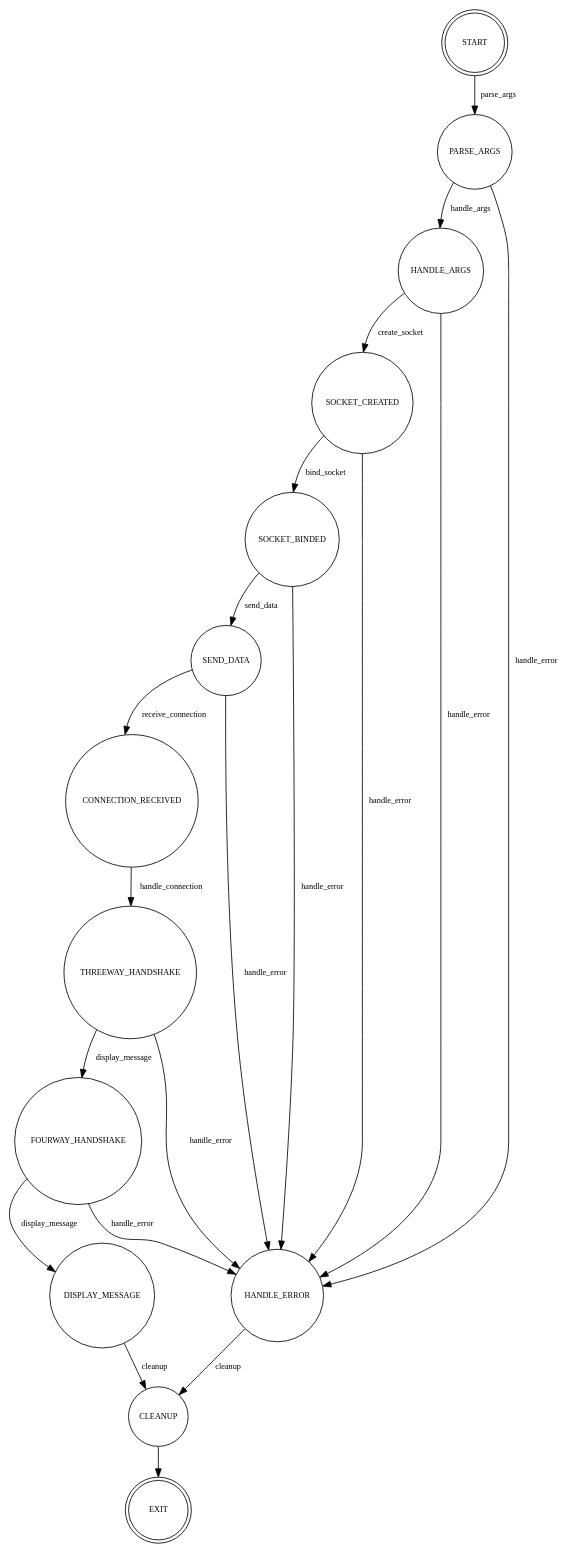
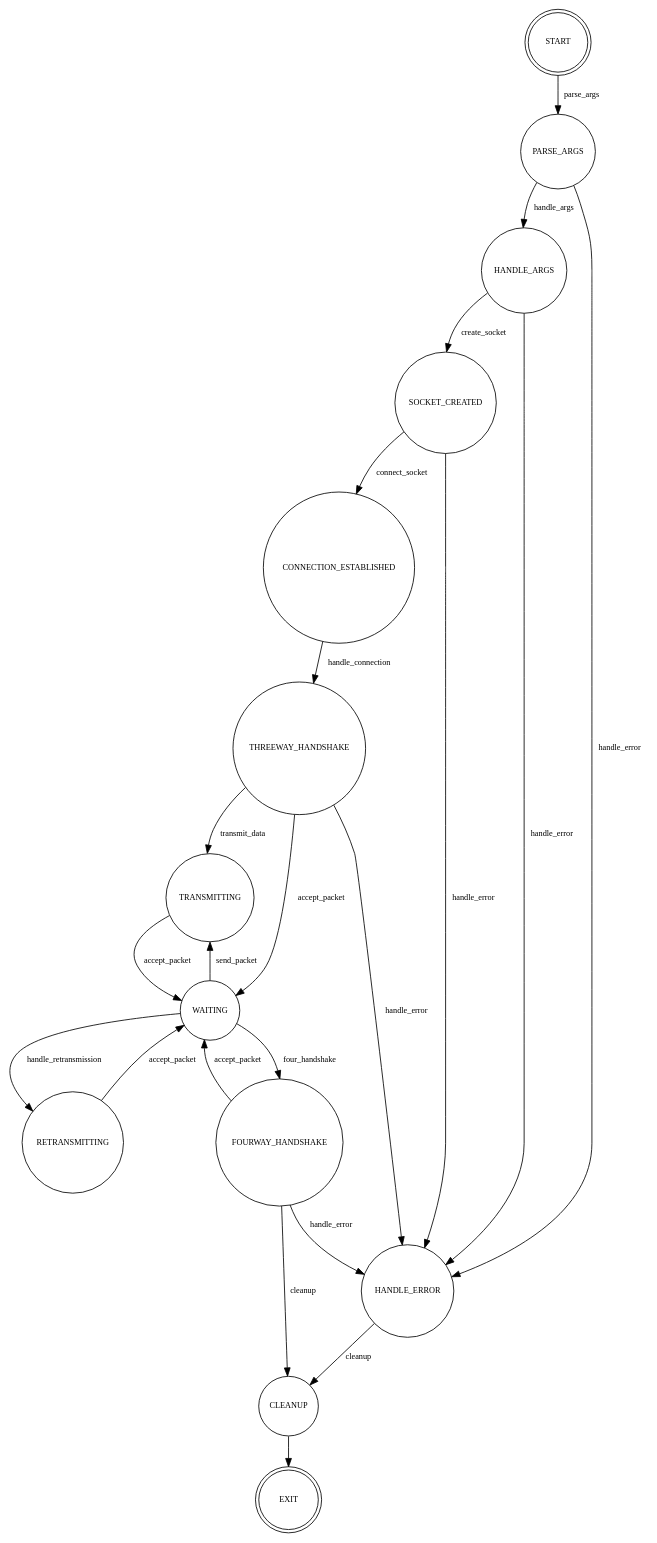
The diagram in client.gv (Wontoni/comp7005-project), drawn with Graphviz before and after one commit. The commit also changed 10 other files, not shown here.

```diff
--- a/client.gv
+++ b/client.gv
@@ -1,39 +1,40 @@
 digraph Client {
     node [shape=circle; fontsize=10; width=1;height=1;];
     edge [fontsize=10];
 
     START [label="START", shape=doublecircle]
     PARSE_ARGS [label="PARSE_ARGS", shape=circle]
     HANDLE_ARGS [label="HANDLE_ARGS", shape=circle]
     HANDLE_ERROR [label="HANDLE_ERROR", shape=circle]
-    DISPLAY_MESSAGE [label="DISPLAY_MESSAGE", shape=circle]
     SOCKET_CREATED [label="SOCKET_CREATED", shape=circle]
-    SOCKET_BINDED [label="SOCKET_BINDED", shape=circle]
-    SEND_DATA [label="SEND_DATA", shape=circle]
-    CONNECTION_RECEIVED [label="CONNECTION_RECEIVED", shape=circle]
-    
+    CONNECTION_ESTABLISHED [label="CONNECTION_ESTABLISHED", shape=circle]
     THREEWAY_HANDSHAKE [label="THREEWAY_HANDSHAKE", shape=circle]
     FOURWAY_HANDSHAKE [label="FOURWAY_HANDSHAKE", shape=circle]
+    TRANSMITTING [label="TRANSMITTING", shape=circle]
+    WAITING [label="WAITING", shape=circle]
+    RETRANSMITTING [label="RETRANSMITTING", shape=circle]
     CLEANUP [label="CLEANUP", shape=circle]
     EXIT [label="EXIT", shape=doublecircle]
 
     START -> PARSE_ARGS [label="parse_args"]
     PARSE_ARGS -> HANDLE_ARGS [label="handle_args"]
     PARSE_ARGS -> HANDLE_ERROR [label="handle_error"]
     HANDLE_ARGS -> SOCKET_CREATED [label="create_socket"]
     HANDLE_ARGS -> HANDLE_ERROR [label="handle_error"]
-    SOCKET_CREATED -> SOCKET_BINDED [label="bind_socket"]
+    SOCKET_CREATED -> CONNECTION_ESTABLISHED [label="connect_socket"]
     SOCKET_CREATED -> HANDLE_ERROR [label="handle_error"]
-    SOCKET_BINDED -> SEND_DATA [label="send_data"]
-    SOCKET_BINDED -> HANDLE_ERROR [label="handle_error"]
-    SEND_DATA -> CONNECTION_RECEIVED [label="receive_connection"]
-    SEND_DATA -> HANDLE_ERROR [label="handle_error"]
-    CONNECTION_RECEIVED -> THREEWAY_HANDSHAKE [label="handle_connection"]
-    THREEWAY_HANDSHAKE -> FOURWAY_HANDSHAKE [label="display_message"]
+    CONNECTION_ESTABLISHED -> THREEWAY_HANDSHAKE [label="handle_connection"]
+    THREEWAY_HANDSHAKE -> TRANSMITTING [label="transmit_data"]
     THREEWAY_HANDSHAKE -> HANDLE_ERROR [label="handle_error"]
+    THREEWAY_HANDSHAKE -> WAITING [label="accept_packet"]
+    TRANSMITTING -> WAITING [label="accept_packet"]
+    WAITING -> TRANSMITTING [label="send_packet"]
+    WAITING -> FOURWAY_HANDSHAKE [label="four_handshake"]
+    WAITING -> RETRANSMITTING [label="handle_retransmission"]
+    RETRANSMITTING -> WAITING [label="accept_packet"]
     FOURWAY_HANDSHAKE -> HANDLE_ERROR [label="handle_error"]
-    FOURWAY_HANDSHAKE -> DISPLAY_MESSAGE[label="display_message"]
-    DISPLAY_MESSAGE -> CLEANUP [label="cleanup"]
+    FOURWAY_HANDSHAKE -> CLEANUP[label="cleanup"]
+    FOURWAY_HANDSHAKE -> WAITING [label="accept_packet"]
     HANDLE_ERROR -> CLEANUP [label="cleanup"]
     CLEANUP -> EXIT
 }
```
